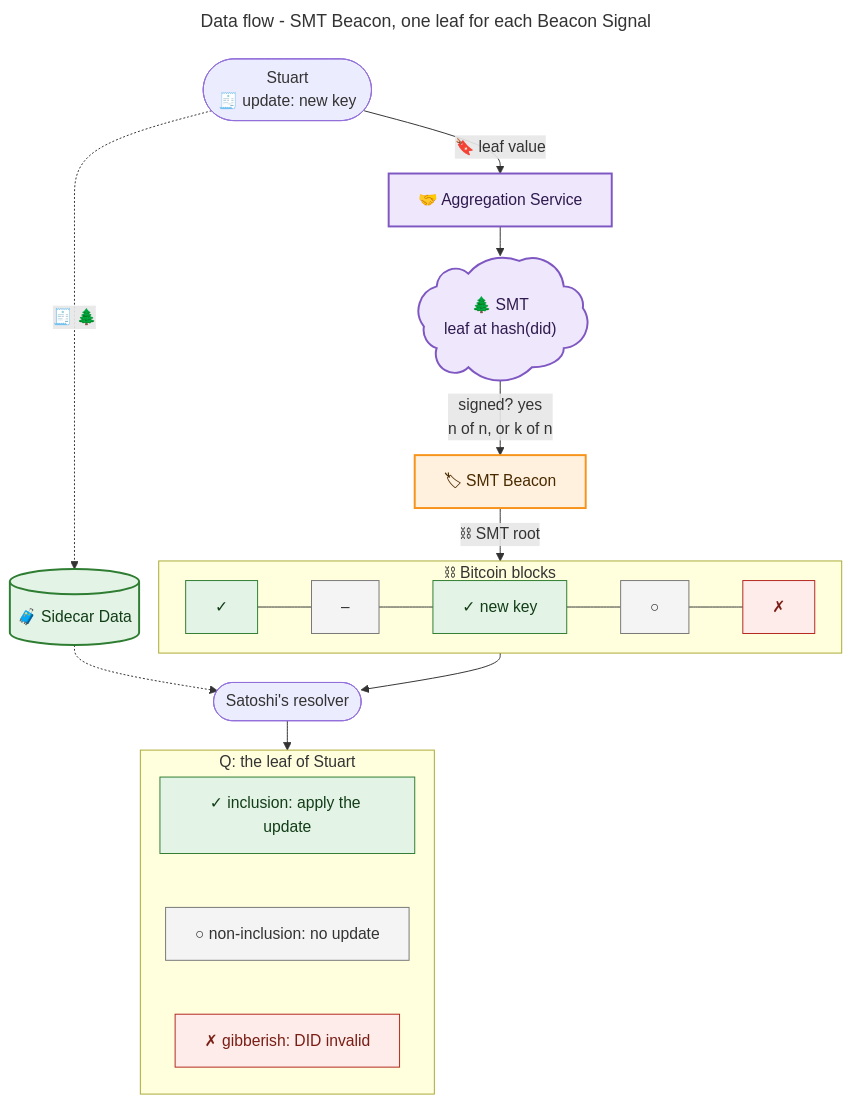
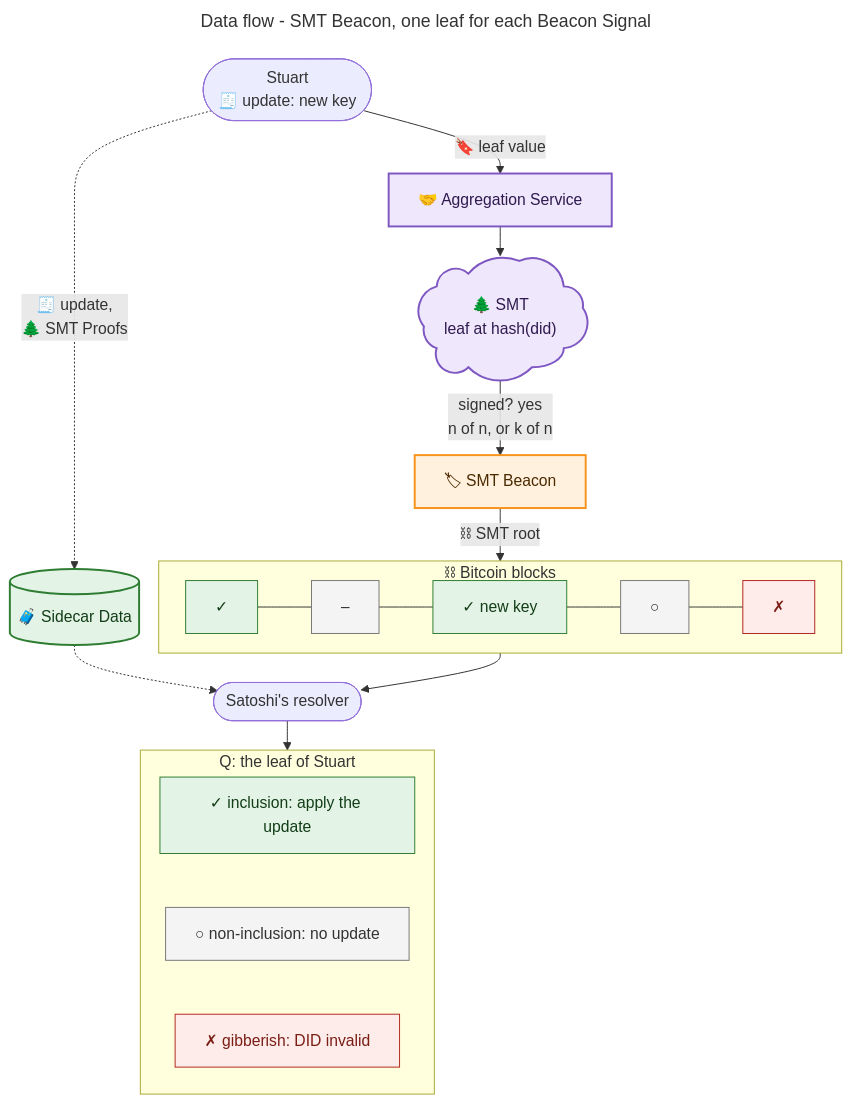
Before and after one commit to dcdpr/website-btcr2-dev: the diagram in public/diagrams/use-case/data-flow.mmd, drawn with Mermaid. The commit also changed 3 other files, not shown here.

First line of the commit message:
docs(diagrams): name the data in each message, not only icons

```diff
--- a/public/diagrams/use-case/data-flow.mmd
+++ b/public/diagrams/use-case/data-flow.mmd
@@ -1,59 +1,59 @@
 ---
 title: Data flow - SMT Beacon, one leaf for each Beacon Signal
 config:
   flowchart:
     nodeSpacing: 20
     rankSpacing: 30
 ---
 
 %% Technical version of the hand sketch "btcr2 data flow visualization".
 %% Sketch element → diagram element:
 %%   smiley at the left → Stuart; smiley with a top hat at the right → Satoshi
 %%   "Agg" with three small faces → Aggregation Service
 %%   cloud with a tree, "search by did", "Map" → SMT: the leaf index of a DID is hash(did)
 %%   "k/n", "signed? yes" → the cohort signs: all n (n-of-n), or k of n (k-of-n fallback)
 %%   tower → SMT Beacon
 %%   "Sidecar" stack → Sidecar Data
 %%   bar with cells and dots → Bitcoin blocks with Beacon Signals
 %%   "Q", "inclusion, non-inclusion, gibberish", tall box with 3 parts → the 3 states of the leaf of Stuart
 %%   faces under the bar → the leaf state for each Beacon Signal
 %%   stars, papers, "K1" → the update of Stuart (detail on the key rotation page)
 %%   crossed-out figure → not used
 
 flowchart TD
     classDef chain fill:#fff1dd,stroke:#f7931a,stroke-width:2px,color:#4a2a00
     classDef agg fill:#efe7fb,stroke:#7e57c2,stroke-width:2px,color:#2e1a4f
     classDef sidecar fill:#e3f4e6,stroke:#2e7d32,stroke-width:2px,color:#123d17
     classDef ok fill:#e3f4e6,stroke:#2e7d32,color:#123d17
     classDef none fill:#f4f4f4,stroke:#777777,color:#333333
     classDef bad fill:#fdecea,stroke:#b3261e,color:#7a1d15
 
     Stuart(["Stuart<br/>🧾 update: new key"])
     Agg["🤝 Aggregation Service"]:::agg
     SMT@{ shape: cloud, label: "🌲 SMT<br/>leaf at hash(did)" }
     class SMT agg
     Beacon["🏷 SMT Beacon"]:::chain
     Sidecar[("🧳 Sidecar Data")]:::sidecar
     Satoshi(["Satoshi's resolver"])
 
     subgraph Chain["⛓ Bitcoin blocks"]
       direction LR
       B1["✓"]:::ok --- B2["–"]:::none --- B3["✓ new key"]:::ok --- B4["○"]:::none --- B5["✗"]:::bad
     end
 
     subgraph Q["Q: the leaf of Stuart"]
       direction TB
       Inclusion["✓ inclusion: apply the update"]:::ok
       NonInclusion["○ non-inclusion: no update"]:::none
       Gibberish["✗ gibberish: DID invalid"]:::bad
       Inclusion ~~~ NonInclusion ~~~ Gibberish
     end
 
     Stuart -->|"🔖 leaf value"| Agg
     Agg --> SMT
     SMT -->|"signed? yes<br/>n of n, or k of n"| Beacon
     Beacon -->|"⛓ SMT root"| Chain
-    Stuart -.->|"🧾 🌲"| Sidecar
+    Stuart -.->|"🧾 update,<br/>🌲 SMT Proofs"| Sidecar
     Sidecar -.-> Satoshi
     Chain --> Satoshi
     Satoshi --> Q
```
